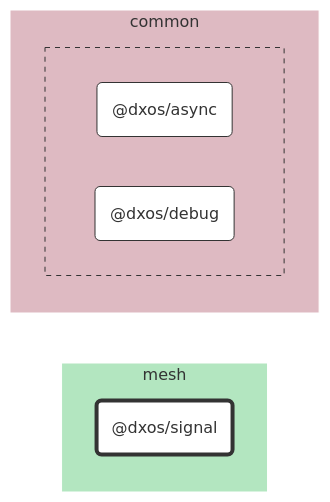
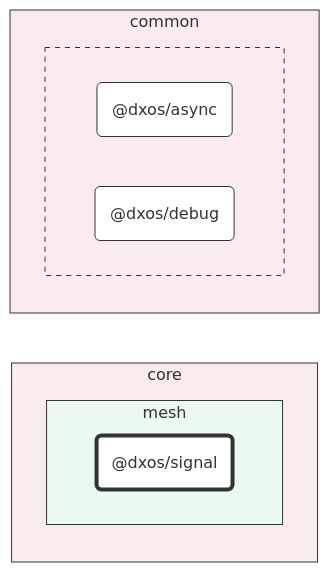
One commit to dxos/dxos changed the diagram in packages/core/mesh/signal/docs/README.md. Above: the diagram before and after it, drawn with Mermaid. The commit also changed 93 other files, not shown here.

First line of the commit message:
chore: hierarchical graphs. (#1583)

````diff
--- a/packages/core/mesh/signal/docs/README.md
+++ b/packages/core/mesh/signal/docs/README.md
@@ -7,32 +7,36 @@
 ```mermaid
 %%{ init: {'flowchart':{'curve':'basis'}} }%%
 
 flowchart LR
 
 %% Classes
 classDef def fill:#fff,stroke:#333,stroke-width:1px
 classDef root fill:#fff,stroke:#333,stroke-width:4px
 
 %% Nodes
 
-subgraph mesh [mesh]
-  style mesh fill:#b3e6c0,stroke:#fff
-  dxos/signal("@dxos/signal"):::root
-  click dxos/signal "dxos/dxos/tree/main/packages/core/mesh/signal/docs"
+subgraph core [core]
+  style core fill:#faebec,stroke:#333
+
+  subgraph mesh [mesh]
+    style mesh fill:#ebfaef,stroke:#333
+    dxos/signal("@dxos/signal"):::root
+    click dxos/signal "dxos/dxos/tree/main/packages/core/mesh/signal/docs"
+  end
 end
 
 subgraph common [common]
-  style common fill:#debac2,stroke:#fff
+  style common fill:#faebee,stroke:#333
 
-  subgraph common-excluded [ ]
-    style common-excluded fill:#debac2,stroke:#333,stroke-dasharray:5 5
+  subgraph _ [ ]
+    style _ fill:#faebee,stroke:#333,stroke-dasharray:5 5
     dxos/async("@dxos/async"):::def
     click dxos/async "dxos/dxos/tree/main/packages/common/async/docs"
     dxos/debug("@dxos/debug"):::def
     click dxos/debug "dxos/dxos/tree/main/packages/common/debug/docs"
   end
 end
 
 %% Links
 linkStyle default stroke:#333,stroke-width:1px
 ```
````
